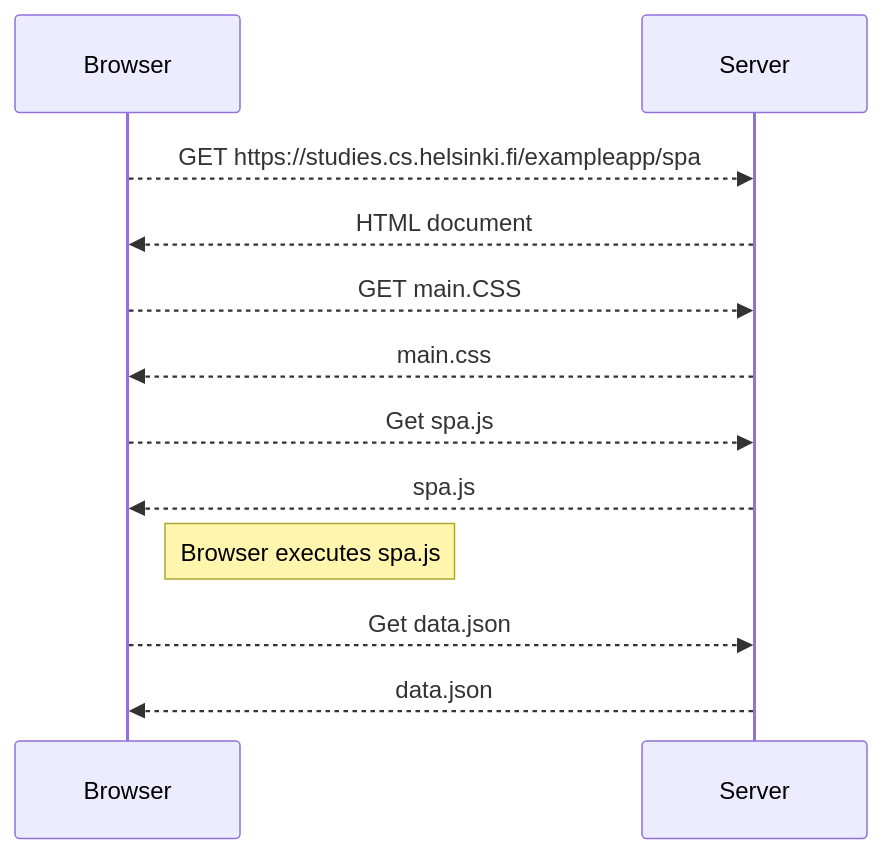
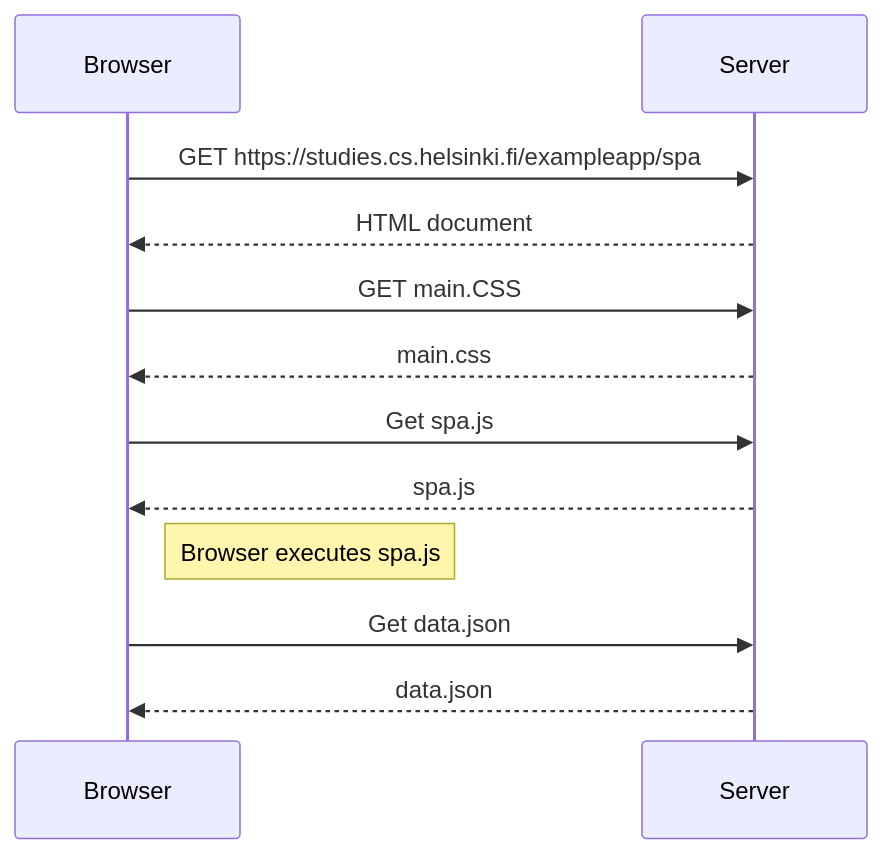
Before and after one commit to TNiemelainen/fullstackopenpalautukset: the diagram in osa0/0.5: Single Page App.md, drawn with Mermaid.

Commit message:
Final answer v2

````diff
--- a/osa0/0.5: Single Page App.md
+++ b/osa0/0.5: Single Page App.md
@@ -1,12 +1,12 @@
 ```mermaid
 sequenceDiagram
-    Browser -->> Server: GET https://studies.cs.helsinki.fi/exampleapp/spa
+    Browser ->> Server: GET https://studies.cs.helsinki.fi/exampleapp/spa
     Server -->> Browser: HTML document
-    Browser -->> Server: GET main.CSS
+    Browser ->> Server: GET main.CSS
     Server -->> Browser: main.css
-    Browser -->> Server: Get spa.js
+    Browser ->> Server: Get spa.js
     Server -->> Browser: spa.js
     note right of Browser: Browser executes spa.js
-    Browser -->> Server: Get data.json
+    Browser ->> Server: Get data.json
     Server -->> Browser: data.json
 ```
````
